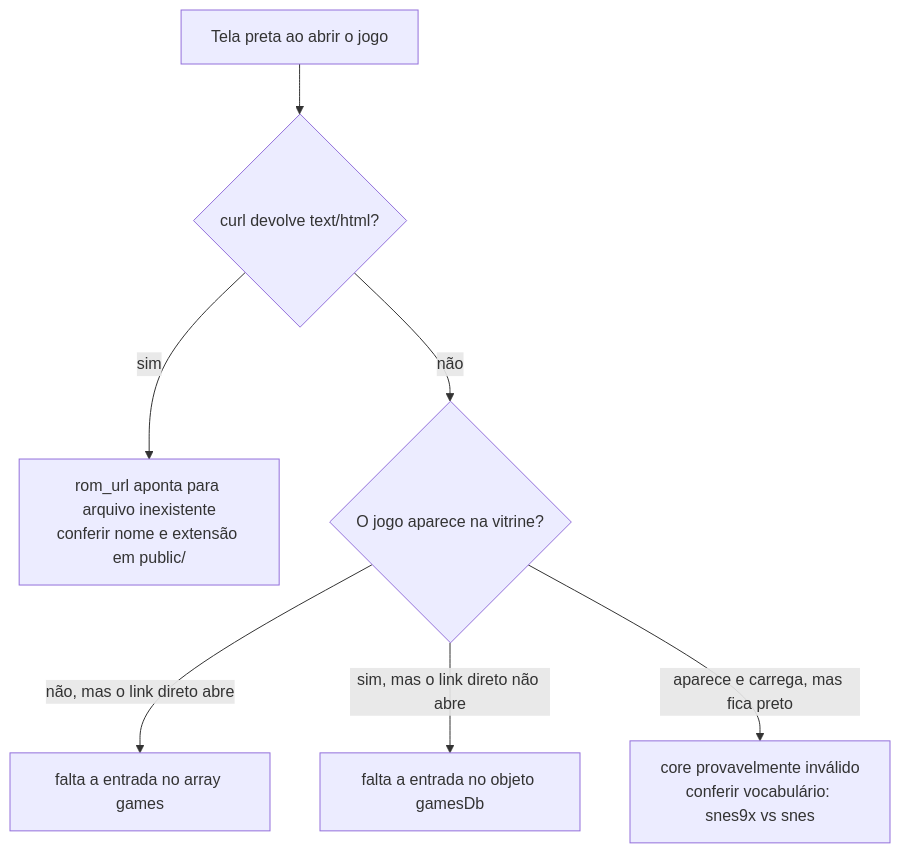
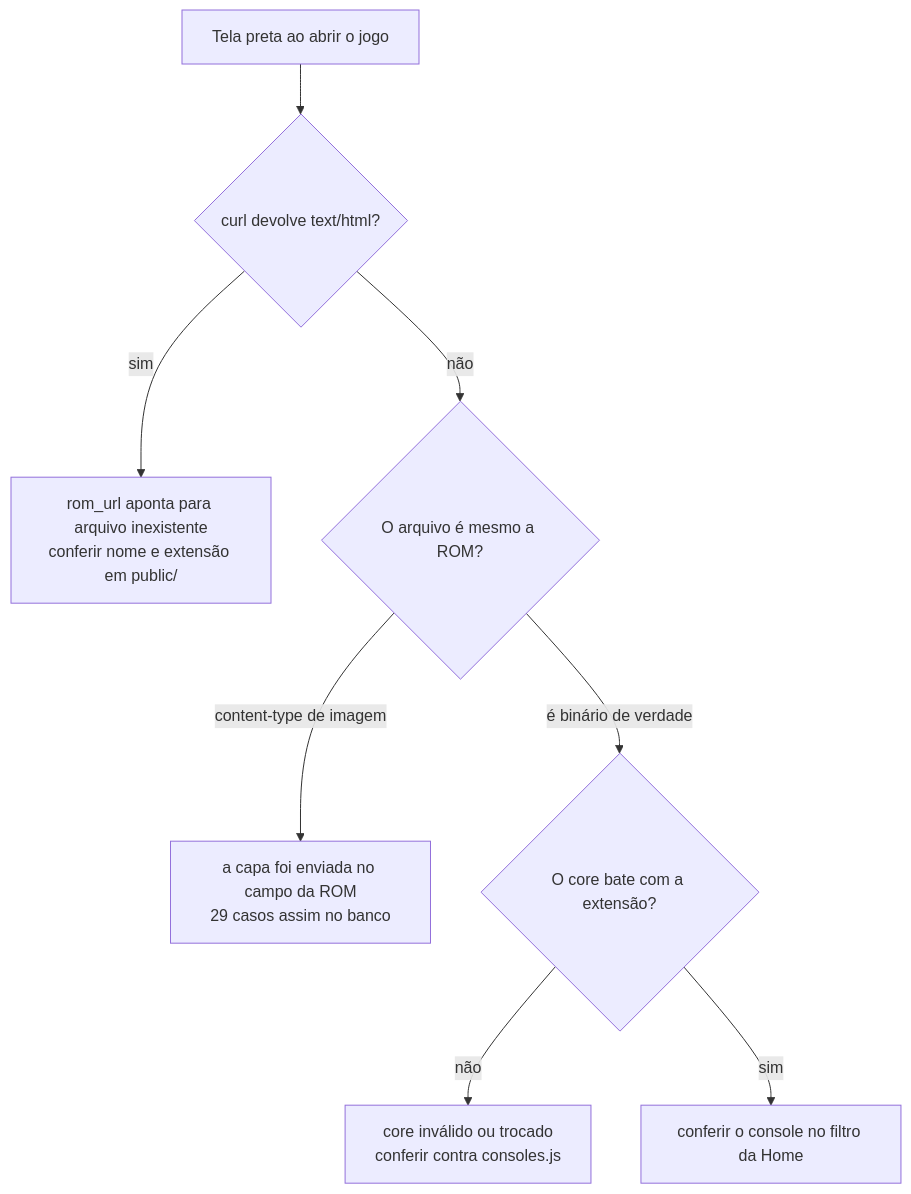
Before and after one commit to Assopra-fita/Sopra-Fitas: the fifth of 5 diagrams in docs/CATALOGO-DE-JOGOS.md, drawn with Mermaid. The commit also changed other lines of this file and 3 other files, not shown here.

````diff
--- a/docs/CATALOGO-DE-JOGOS.md
+++ b/docs/CATALOGO-DE-JOGOS.md
@@ -287,9 +332,10 @@
 ```mermaid
 flowchart TB
     A["Tela preta ao abrir o jogo"] --> B{"curl devolve text/html?"}
     B -->|sim| C["rom_url aponta para arquivo inexistente<br/>conferir nome e extensão em public/"]
-    B -->|não| D{"O jogo aparece na vitrine?"}
-    D -->|"não, mas o link direto abre"| E["falta a entrada no array games"]
-    D -->|"sim, mas o link direto não abre"| F["falta a entrada no objeto gamesDb"]
-    D -->|"aparece e carrega, mas fica preto"| G["core provavelmente inválido<br/>conferir vocabulário: snes9x vs snes"]
+    B -->|não| D{"O arquivo é mesmo a ROM?"}
+    D -->|"content-type de imagem"| E["a capa foi enviada no campo da ROM<br/>29 casos assim no banco"]
+    D -->|"é binário de verdade"| F{"O core bate com a extensão?"}
+    F -->|não| G["core inválido ou trocado<br/>conferir contra consoles.js"]
+    F -->|sim| H["conferir o console no filtro da Home"]
 ```
````
